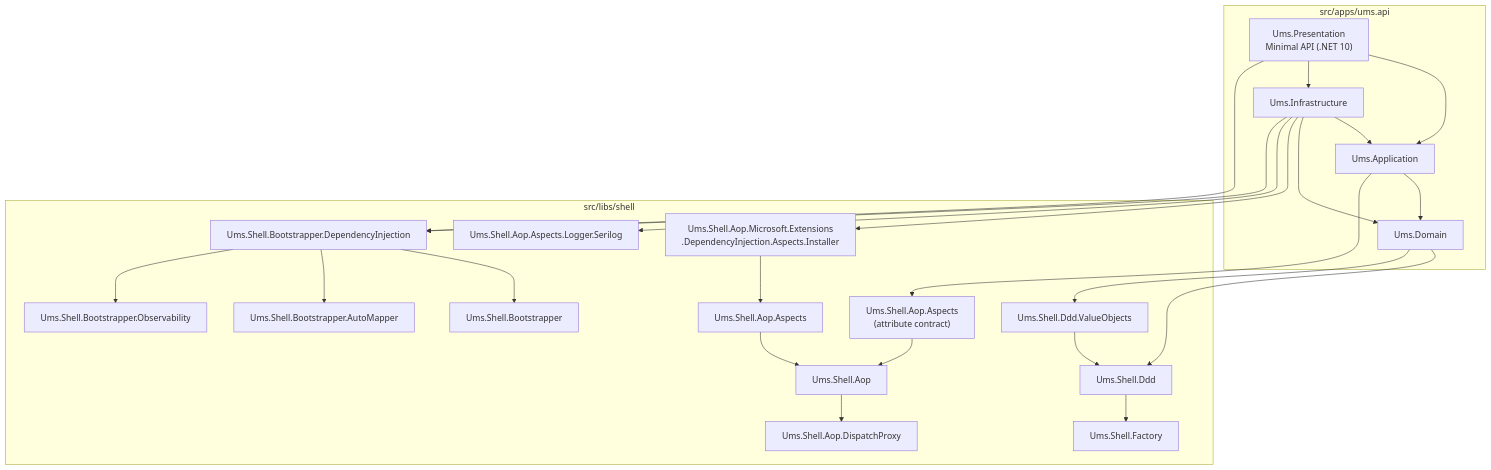
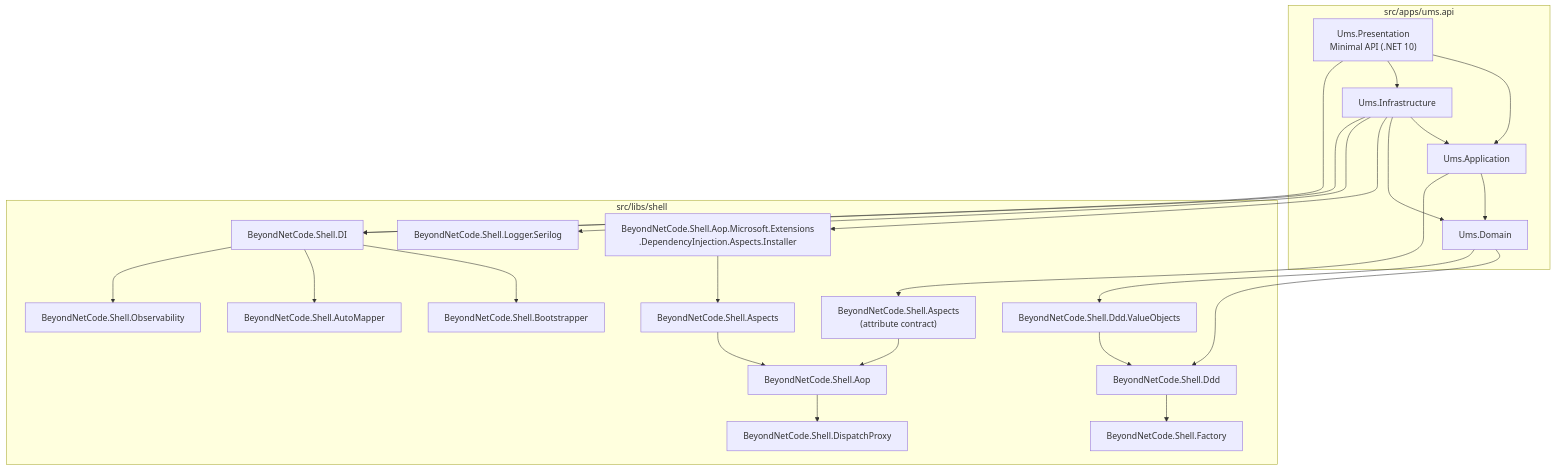
Before and after one commit to beyondnetcode/ums: the diagram in docs/architecture/blueprints/shell-library-architecture.md, drawn with Mermaid. The commit also changed other lines of this file and 339 other files, not shown here.

````diff
--- a/docs/architecture/blueprints/shell-library-architecture.md
+++ b/docs/architecture/blueprints/shell-library-architecture.md
@@ -28,55 +28,55 @@
 ```mermaid
 flowchart TD
     A["Ums.Presentation<br/>Minimal API (.NET 10)"] --> B["Ums.Application"]
     A --> C["Ums.Infrastructure"]
     C --> B
     B --> D["Ums.Domain"]
     C --> D
 
     %% Domain → DDD shell (Factory is transitive via Ddd)
-    D --> E["Ums.Shell.Ddd"]
-    D --> F["Ums.Shell.Ddd.ValueObjects"]
+    D --> E["BeyondNetCode.Shell.Ddd"]
+    D --> F["BeyondNetCode.Shell.Ddd.ValueObjects"]
     F --> E
-    E --> G["Ums.Shell.Factory"]
+    E --> G["BeyondNetCode.Shell.Factory"]
 
     %% Application → AOP attribute contract only
-    B --> H["Ums.Shell.Aop.Aspects<br/>(attribute contract)"]
+    B --> H["BeyondNetCode.Shell.Aspects<br/>(attribute contract)"]
 
     %% Infrastructure → full AOP wiring + Bootstrapper
-    C --> I["Ums.Shell.Aop.Microsoft.Extensions<br/>.DependencyInjection.Aspects.Installer"]
-    C --> J["Ums.Shell.Aop.Aspects.Logger.Serilog"]
-    I --> K["Ums.Shell.Aop.Aspects"]
-    K --> L["Ums.Shell.Aop"]
-    L --> M["Ums.Shell.Aop.DispatchProxy"]
+    C --> I["BeyondNetCode.Shell.Aop.Microsoft.Extensions<br/>.DependencyInjection.Aspects.Installer"]
+    C --> J["BeyondNetCode.Shell.Logger.Serilog"]
+    I --> K["BeyondNetCode.Shell.Aspects"]
+    K --> L["BeyondNetCode.Shell.Aop"]
+    L --> M["BeyondNetCode.Shell.DispatchProxy"]
     H --> L
 
     %% Presentation/Infrastructure → Bootstrapper
-    A --> N["Ums.Shell.Bootstrapper.DependencyInjection"]
+    A --> N["BeyondNetCode.Shell.DI"]
     C --> N
-    N --> O["Ums.Shell.Bootstrapper"]
-    N --> P["Ums.Shell.Bootstrapper.AutoMapper"]
-    N --> Q["Ums.Shell.Bootstrapper.Observability"]
+    N --> O["BeyondNetCode.Shell.Bootstrapper"]
+    N --> P["BeyondNetCode.Shell.AutoMapper"]
+    N --> Q["BeyondNetCode.Shell.Observability"]
 
     subgraph Apps["src/apps/ums.api"]
       A
       B
       C
       D
     end
 
     subgraph Shell["src/libs/shell"]
       E
       F
       G
       H
       I
       J
       K
       L
       M
       N
       O
       P
       Q
     end
 ```
````
